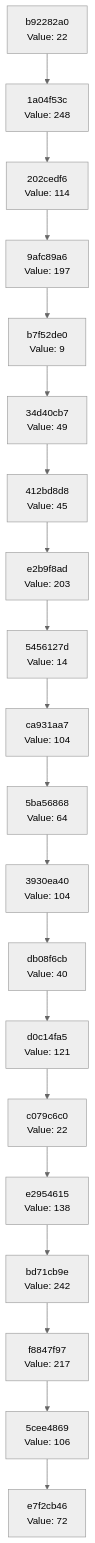
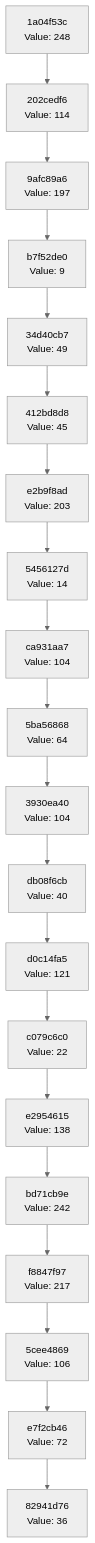
Before and after one commit to Abhisheksinha1506/hash-chain-evolver: the diagram in docs/CHAIN_VISUALIZATION.md, drawn with Mermaid (neutral theme). The commit also changed 2 other files, not shown here.

Commit message:
Evolution step: hash 0x24 → action executed

````diff
--- a/docs/CHAIN_VISUALIZATION.md
+++ b/docs/CHAIN_VISUALIZATION.md
@@ -3,42 +3,42 @@
 ```mermaid
 graph TD
-    C0["e7f2cb46<br/>Value: 72"]
-    C1["5cee4869<br/>Value: 106"]
+    C0["82941d76<br/>Value: 36"]
+    C1["e7f2cb46<br/>Value: 72"]
     C1 --> C0
-    C2["f8847f97<br/>Value: 217"]
+    C2["5cee4869<br/>Value: 106"]
     C2 --> C1
-    C3["bd71cb9e<br/>Value: 242"]
+    C3["f8847f97<br/>Value: 217"]
     C3 --> C2
-    C4["e2954615<br/>Value: 138"]
+    C4["bd71cb9e<br/>Value: 242"]
     C4 --> C3
-    C5["c079c6c0<br/>Value: 22"]
+    C5["e2954615<br/>Value: 138"]
     C5 --> C4
-    C6["d0c14fa5<br/>Value: 121"]
+    C6["c079c6c0<br/>Value: 22"]
     C6 --> C5
-    C7["db08f6cb<br/>Value: 40"]
+    C7["d0c14fa5<br/>Value: 121"]
     C7 --> C6
-    C8["3930ea40<br/>Value: 104"]
+    C8["db08f6cb<br/>Value: 40"]
     C8 --> C7
-    C9["5ba56868<br/>Value: 64"]
+    C9["3930ea40<br/>Value: 104"]
     C9 --> C8
-    C10["ca931aa7<br/>Value: 104"]
+    C10["5ba56868<br/>Value: 64"]
     C10 --> C9
-    C11["5456127d<br/>Value: 14"]
+    C11["ca931aa7<br/>Value: 104"]
     C11 --> C10
-    C12["e2b9f8ad<br/>Value: 203"]
+    C12["5456127d<br/>Value: 14"]
     C12 --> C11
-    C13["412bd8d8<br/>Value: 45"]
+    C13["e2b9f8ad<br/>Value: 203"]
     C13 --> C12
-    C14["34d40cb7<br/>Value: 49"]
+    C14["412bd8d8<br/>Value: 45"]
     C14 --> C13
-    C15["b7f52de0<br/>Value: 9"]
+    C15["34d40cb7<br/>Value: 49"]
     C15 --> C14
-    C16["9afc89a6<br/>Value: 197"]
+    C16["b7f52de0<br/>Value: 9"]
     C16 --> C15
-    C17["202cedf6<br/>Value: 114"]
+    C17["9afc89a6<br/>Value: 197"]
     C17 --> C16
-    C18["1a04f53c<br/>Value: 248"]
+    C18["202cedf6<br/>Value: 114"]
     C18 --> C17
-    C19["b92282a0<br/>Value: 22"]
+    C19["1a04f53c<br/>Value: 248"]
     C19 --> C18
 ```
````
